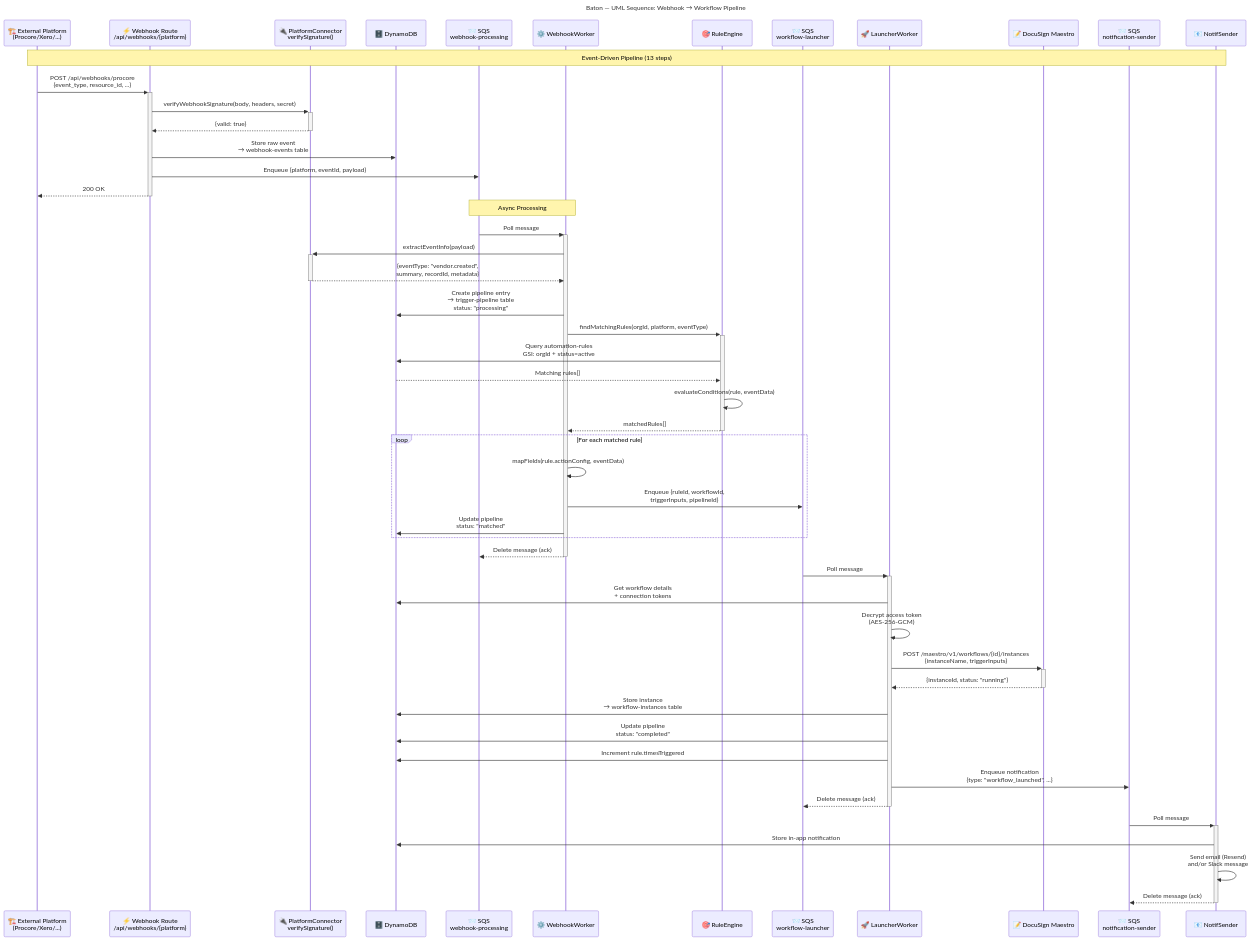
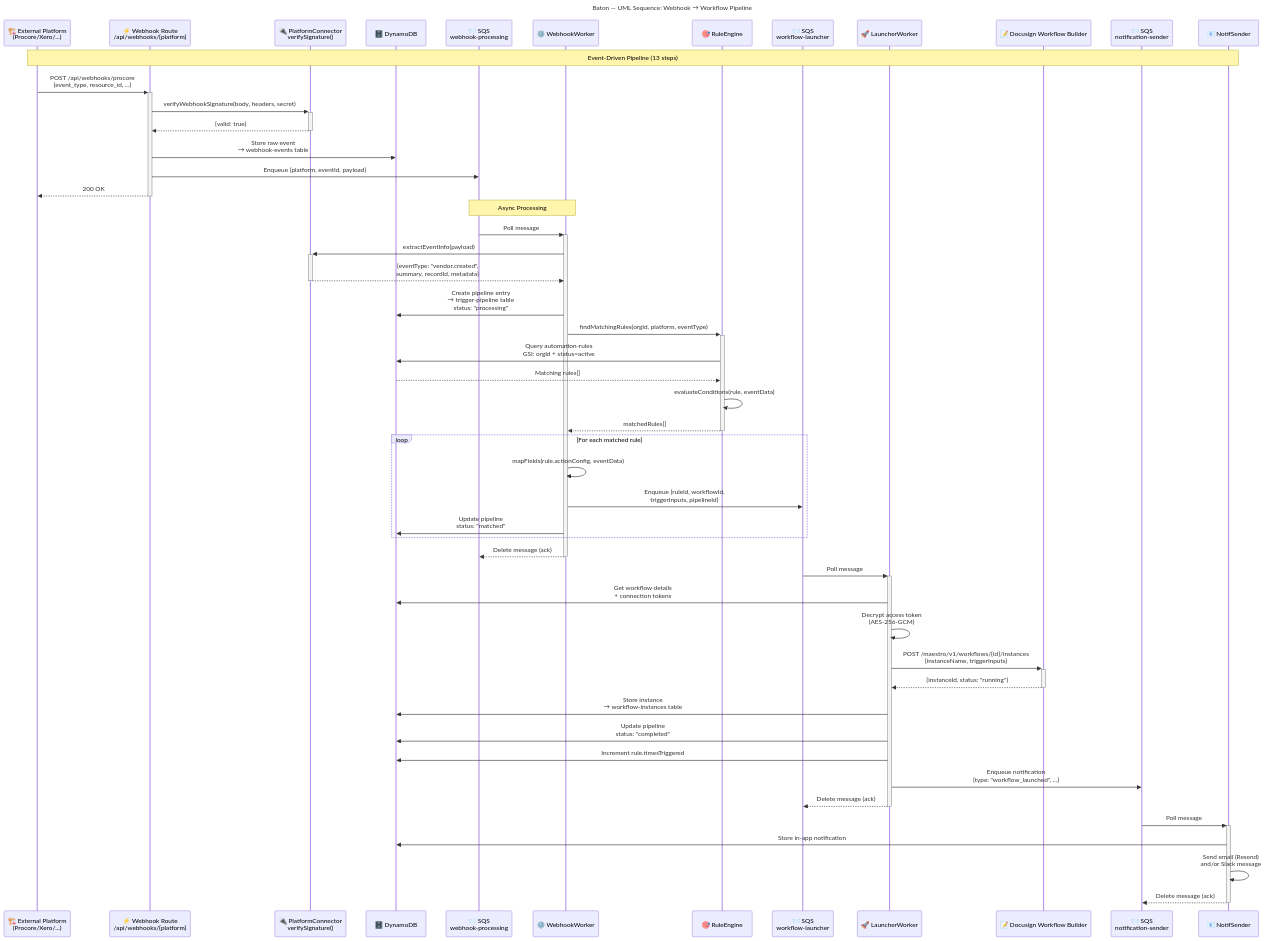
Before and after one commit to docufluidlabs/baton-core: the diagram in baton/docs/uml-sequence-pipeline.mermaid, drawn with Mermaid. The commit also changed 100 other files, not shown here.

```diff
--- a/baton/docs/uml-sequence-pipeline.mermaid
+++ b/baton/docs/uml-sequence-pipeline.mermaid
@@ -1,65 +1,65 @@
 ---
 title: "Baton — UML Sequence: Webhook → Workflow Pipeline"
 ---
 sequenceDiagram
     participant Platform as 🏗️ External Platform<br/>(Procore/Xero/...)
     participant Webhook as ⚡ Webhook Route<br/>/api/webhooks/{platform}
     participant Connector as 🔌 PlatformConnector<br/>verifySignature()
     participant DynamoDB as 🗄️ DynamoDB
     participant SQS_WH as 📨 SQS<br/>webhook-processing
     participant Worker as ⚙️ WebhookWorker
     participant RuleEngine as 🎯 RuleEngine
     participant SQS_WF as 📨 SQS<br/>workflow-launcher
     participant Launcher as 🚀 LauncherWorker
-    participant Maestro as 📝 DocuSign Maestro
+    participant Maestro as 📝 Docusign Workflow Builder
     participant SQS_N as 📨 SQS<br/>notification-sender
     participant Notifier as 📧 NotifSender
 
     Note over Platform,Notifier: Event-Driven Pipeline (13 steps)
 
     Platform->>+Webhook: POST /api/webhooks/procore<br/>{event_type, resource_id, ...}
     Webhook->>+Connector: verifyWebhookSignature(body, headers, secret)
     Connector-->>-Webhook: {valid: true}
 
     Webhook->>DynamoDB: Store raw event<br/>→ webhook-events table
     Webhook->>SQS_WH: Enqueue {platform, eventId, payload}
     Webhook-->>-Platform: 200 OK
 
     Note over SQS_WH,Worker: Async Processing
 
     SQS_WH->>+Worker: Poll message
     Worker->>+Connector: extractEventInfo(payload)
     Connector-->>-Worker: {eventType: "vendor.created",<br/>summary, recordId, metadata}
 
     Worker->>DynamoDB: Create pipeline entry<br/>→ trigger-pipeline table<br/>status: "processing"
 
     Worker->>+RuleEngine: findMatchingRules(orgId, platform, eventType)
     RuleEngine->>DynamoDB: Query automation-rules<br/>GSI: orgId + status=active
     DynamoDB-->>RuleEngine: Matching rules[]
     RuleEngine->>RuleEngine: evaluateConditions(rule, eventData)
     RuleEngine-->>-Worker: matchedRules[]
 
     loop For each matched rule
         Worker->>Worker: mapFields(rule.actionConfig, eventData)
         Worker->>SQS_WF: Enqueue {ruleId, workflowId,<br/>triggerInputs, pipelineId}
         Worker->>DynamoDB: Update pipeline<br/>status: "matched"
     end
     Worker-->>-SQS_WH: Delete message (ack)
 
     SQS_WF->>+Launcher: Poll message
     Launcher->>DynamoDB: Get workflow details<br/>+ connection tokens
     Launcher->>Launcher: Decrypt access token<br/>(AES-256-GCM)
 
     Launcher->>+Maestro: POST /maestro/v1/workflows/{id}/instances<br/>{instanceName, triggerInputs}
     Maestro-->>-Launcher: {instanceId, status: "running"}
 
     Launcher->>DynamoDB: Store instance<br/>→ workflow-instances table
     Launcher->>DynamoDB: Update pipeline<br/>status: "completed"
     Launcher->>DynamoDB: Increment rule.timesTriggered
     Launcher->>SQS_N: Enqueue notification<br/>{type: "workflow_launched", ...}
     Launcher-->>-SQS_WF: Delete message (ack)
 
     SQS_N->>+Notifier: Poll message
     Notifier->>DynamoDB: Store in-app notification
     Notifier->>Notifier: Send email (Resend)<br/>and/or Slack message
     Notifier-->>-SQS_N: Delete message (ack)
```
